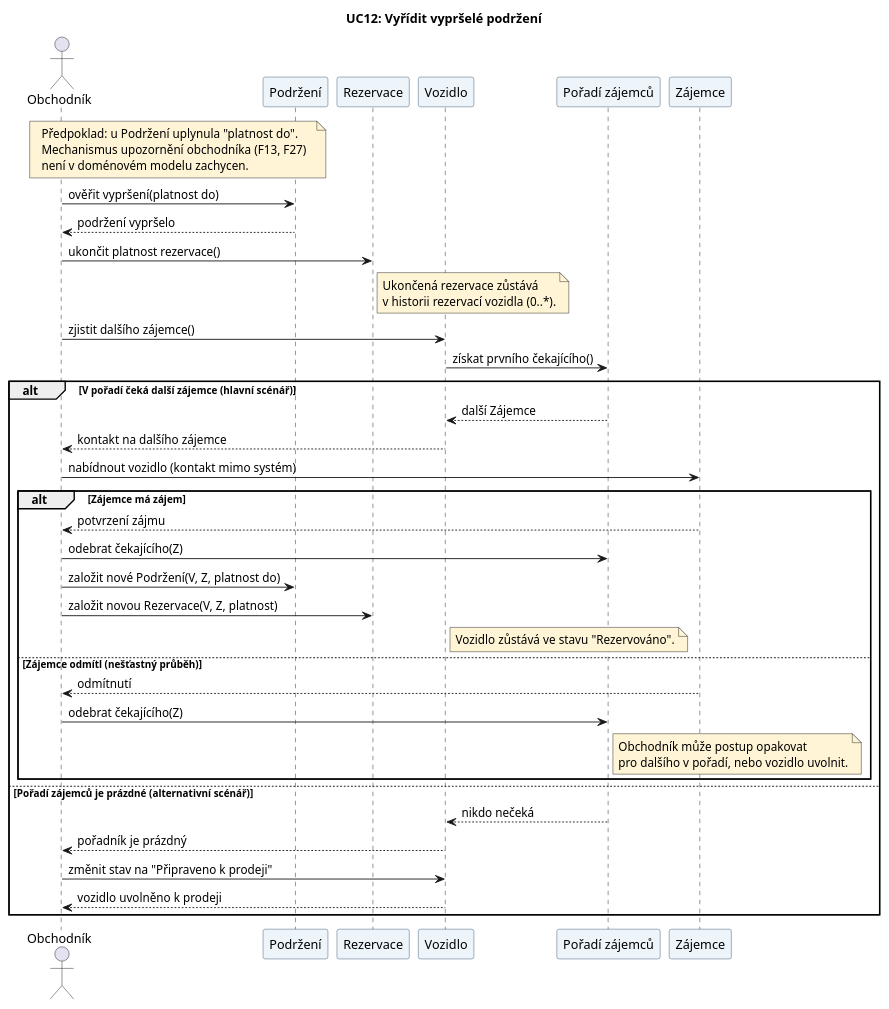
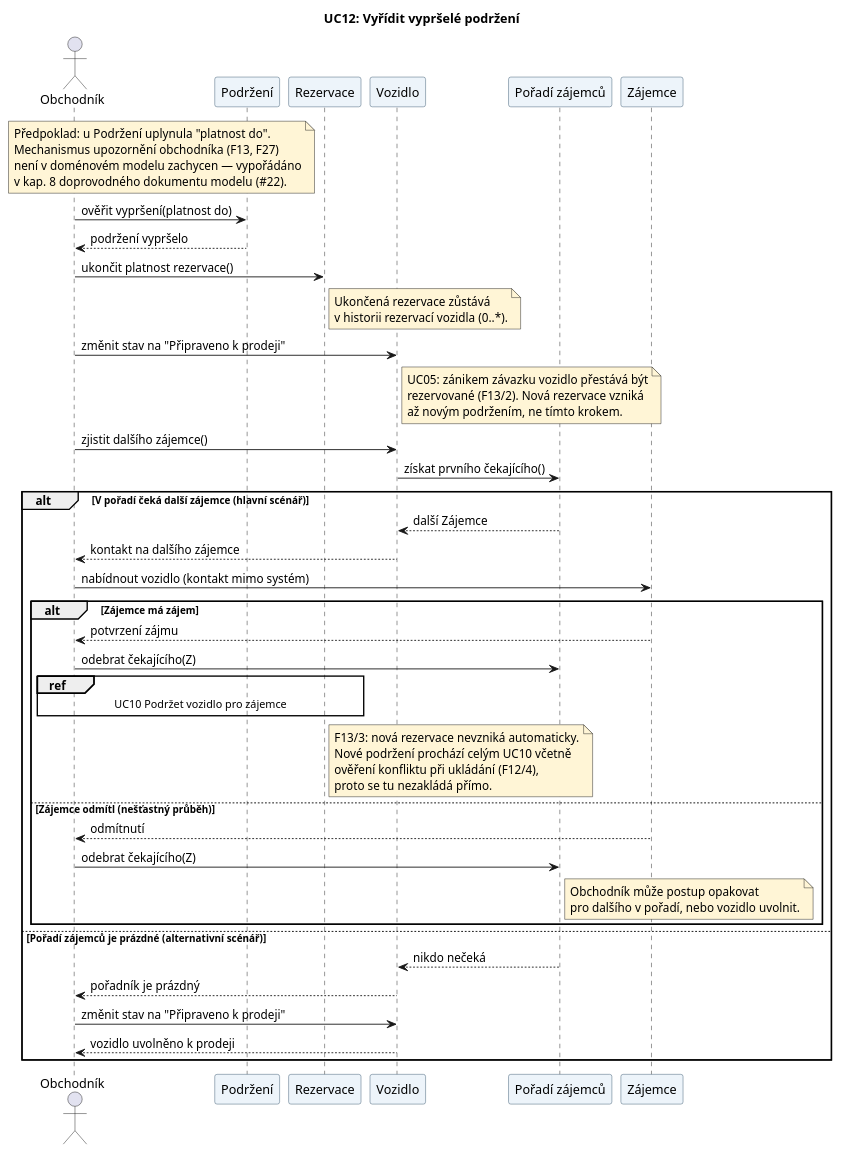
The diagram in diagrams/seq-uc12-vyridit-vyprsele-podrzeni.puml (Svoby25/is_autobazar), drawn with PlantUML before and after one commit. The commit also changed 4 other files, not shown here.

First line of the commit message:
Vypořádány nálezy ze sekvenčních diagramů (#22)

```diff
--- a/diagrams/seq-uc12-vyridit-vyprsele-podrzeni.puml
+++ b/diagrams/seq-uc12-vyridit-vyprsele-podrzeni.puml
@@ -1,66 +1,77 @@
 @startuml
-' v0.1 | 2026-11-19 | Návrh s pomocí AI; kontrola týmem čeká.
+' v0.2 | 2026-11-23 | Nové podržení vedeno přes UC10, doplněn přechod stavu (#22).
 ' Scénář: ../04-pripady-uziti/uc10-podrzet-vozidlo.md — alternativa A6 a kap. 6 (F13)
 ' Pozn.: UC12 nemá vlastní specifikaci, navazuje na UC10.
 title UC12: Vyřídit vypršelé podržení
 skinparam defaultFontName Arial
 skinparam shadowing false
 skinparam sequenceParticipantBackgroundColor #EDF4FA
 skinparam sequenceParticipantBorderColor #35536B
 skinparam NoteBackgroundColor #FFF5D6
 
 actor "Obchodník" as O
 participant "Podržení" as P
 participant "Rezervace" as R
 participant "Vozidlo" as V
 participant "Pořadí zájemců" as PO
 participant "Zájemce" as Z
 
 note over O, P
   Předpoklad: u Podržení uplynula "platnost do".
   Mechanismus upozornění obchodníka (F13, F27)
-  není v doménovém modelu zachycen.
+  není v doménovém modelu zachycen — vypořádáno
+  v kap. 8 doprovodného dokumentu modelu (#22).
 end note
 
 O -> P : ověřit vypršení(platnost do)
 P --> O : podržení vypršelo
 
 O -> R : ukončit platnost rezervace()
 note right of R
   Ukončená rezervace zůstává
   v historii rezervací vozidla (0..*).
+end note
+
+O -> V : změnit stav na "Připraveno k prodeji"
+note right of V
+  UC05: zánikem závazku vozidlo přestává být
+  rezervované (F13/2). Nová rezervace vzniká
+  až novým podržením, ne tímto krokem.
 end note
 
 O -> V : zjistit dalšího zájemce()
 V -> PO : získat prvního čekajícího()
 
 alt V pořadí čeká další zájemce (hlavní scénář)
   PO --> V : další Zájemce
   V --> O : kontakt na dalšího zájemce
 
   O -> Z : nabídnout vozidlo (kontakt mimo systém)
 
   alt Zájemce má zájem
     Z --> O : potvrzení zájmu
     O -> PO : odebrat čekajícího(Z)
-    O -> P : založit nové Podržení(V, Z, platnost do)
-    O -> R : založit novou Rezervace(V, Z, platnost)
-    note right of V
-      Vozidlo zůstává ve stavu "Rezervováno".
+
+    ref over O, R : UC10 Podržet vozidlo pro zájemce
+    note right of R
+      F13/3: nová rezervace nevzniká automaticky.
+      Nové podržení prochází celým UC10 včetně
+      ověření konfliktu při ukládání (F12/4),
+      proto se tu nezakládá přímo.
     end note
   else Zájemce odmítl (nešťastný průběh)
     Z --> O : odmítnutí
     O -> PO : odebrat čekajícího(Z)
     note right of PO
       Obchodník může postup opakovat
       pro dalšího v pořadí, nebo vozidlo uvolnit.
     end note
   end
 
 else Pořadí zájemců je prázdné (alternativní scénář)
   PO --> V : nikdo nečeká
   V --> O : pořadník je prázdný
   O -> V : změnit stav na "Připraveno k prodeji"
   V --> O : vozidlo uvolněno k prodeji
 end
 @enduml
```
